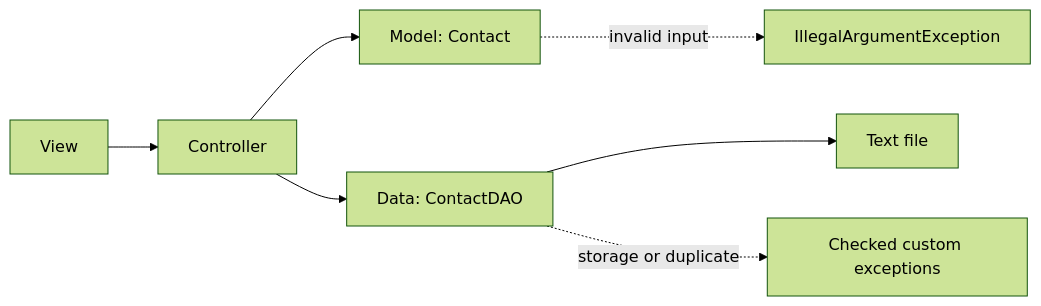
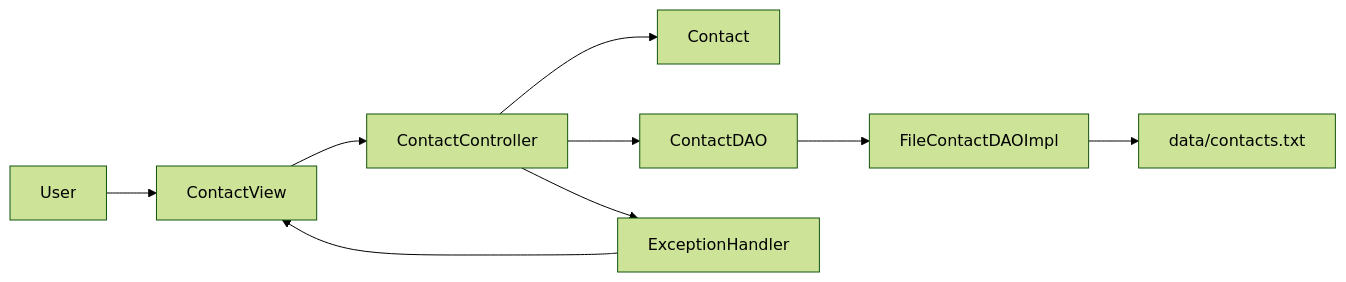
Before and after one commit to FSopelsa/Exceptions_Workshop: the diagram in README.md, drawn with Mermaid (forest theme). The commit also changed other lines of this file and 8 other files, not shown here.

Commit message:
3 & 4 - Done✔️ (DAO in the data package, & MVC contact management in the view and controller packages)

````diff
--- a/README.md
+++ b/README.md
@@ -26,9 +42,11 @@
 ```mermaid
 flowchart LR
-    V[View] --> C[Controller]
-    C --> M[Model: Contact]
-    C --> D[Data: ContactDAO]
-    D --> F[Text file]
-    M -. invalid input .-> IAE[IllegalArgumentException]
-    D -. storage or duplicate .-> CE[Checked custom exceptions]
+    User --> View[ContactView]
+    View --> Controller[ContactController]
+    Controller --> Model[Contact]
+    Controller --> DAO[ContactDAO]
+    DAO --> FileDAO[FileContactDAOImpl]
+    FileDAO --> File[data/contacts.txt]
+    Controller --> Handler[ExceptionHandler]
+    Handler --> View
 ```
````
